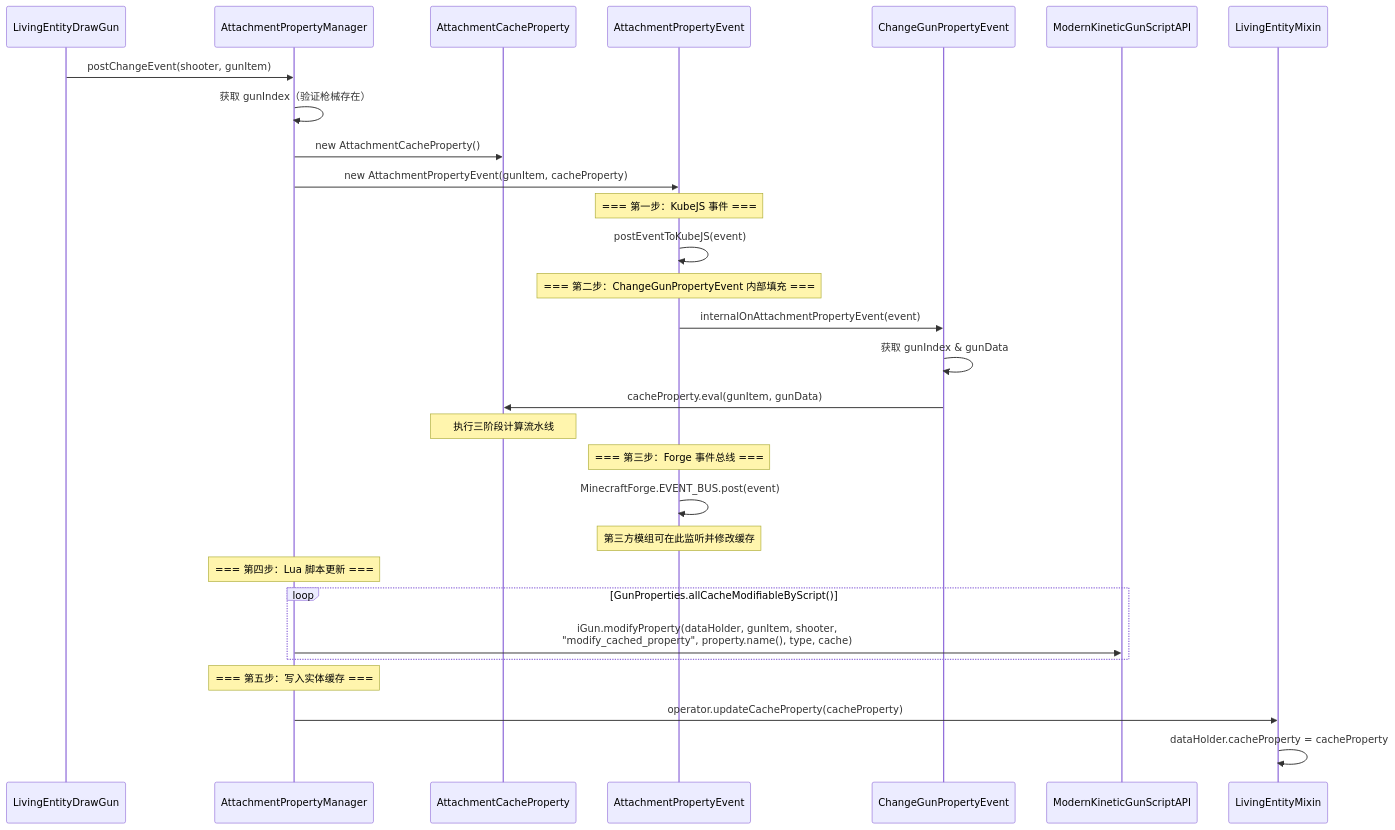
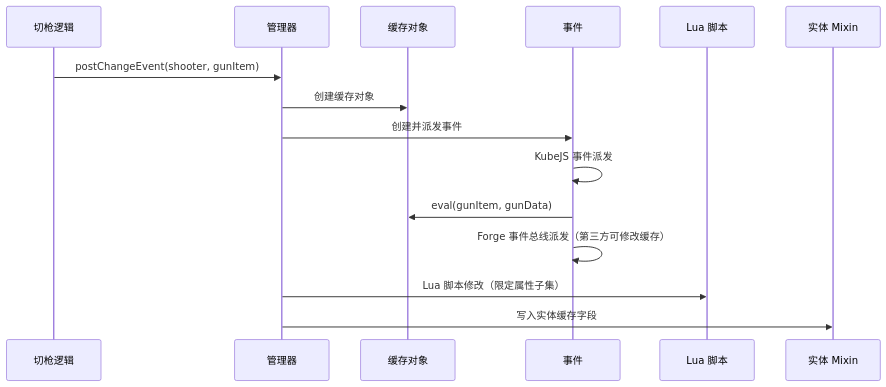
One commit to XColorful/Custom-Gun-Continued changed the second of 2 diagrams in docs-tacz/architecture/resource/modifier/cache-system.md. Above: the diagram before and after it, drawn with Mermaid. The commit also changed other lines of this file and 11 other files, not shown here.

````diff
--- a/docs-tacz/architecture/resource/modifier/cache-system.md
+++ b/docs-tacz/architecture/resource/modifier/cache-system.md
@@ -147,37 +33,18 @@
 ```mermaid
 sequenceDiagram
-    participant Draw as LivingEntityDrawGun
-    participant APM as AttachmentPropertyManager
-    participant ACP as AttachmentCacheProperty
-    participant Event as AttachmentPropertyEvent
-    participant CGP as ChangeGunPropertyEvent
-    participant SCRIPT as ModernKineticGunScriptAPI
-    participant Mixin as LivingEntityMixin
+    participant Draw as 切枪逻辑
+    participant APM as 管理器
+    participant ACP as 缓存对象
+    participant Event as 事件
+    participant Script as Lua 脚本
+    participant Mixin as 实体 Mixin
 
     Draw->>APM: postChangeEvent(shooter, gunItem)
-    APM->>APM: 获取 gunIndex（验证枪械存在）
-    APM->>ACP: new AttachmentCacheProperty()
-    APM->>Event: new AttachmentPropertyEvent(gunItem, cacheProperty)
-
-    Note over Event: === 第一步：KubeJS 事件 ===
-    Event->>Event: postEventToKubeJS(event)
-
-    Note over Event: === 第二步：ChangeGunPropertyEvent 内部填充 ===
-    Event->>CGP: internalOnAttachmentPropertyEvent(event)
-    CGP->>CGP: 获取 gunIndex & gunData
-    CGP->>ACP: cacheProperty.eval(gunItem, gunData)
-    Note over ACP: 执行三阶段计算流水线
-
-    Note over Event: === 第三步：Forge 事件总线 ===
-    Event->>Event: MinecraftForge.EVENT_BUS.post(event)
-    Note over Event: 第三方模组可在此监听并修改缓存
-
-    Note over APM: === 第四步：Lua 脚本更新 ===
-    loop GunProperties.allCacheModifiableByScript()
-        APM->>SCRIPT: iGun.modifyProperty(dataHolder, gunItem, shooter,<br/>"modify_cached_property", property.name(), type, cache)
-    end
-
-    Note over APM: === 第五步：写入实体缓存 ===
-    APM->>Mixin: operator.updateCacheProperty(cacheProperty)
-    Mixin->>Mixin: dataHolder.cacheProperty = cacheProperty
+    APM->>ACP: 创建缓存对象
+    APM->>Event: 创建并派发事件
+    Event->>Event: KubeJS 事件派发
+    Event->>ACP: eval(gunItem, gunData)
+    Event->>Event: Forge 事件总线派发（第三方可修改缓存）
+    APM->>Script: Lua 脚本修改（限定属性子集）
+    APM->>Mixin: 写入实体缓存字段
 ```
````
